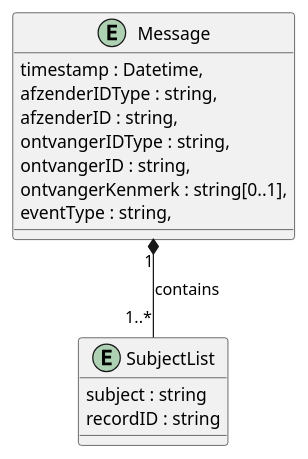
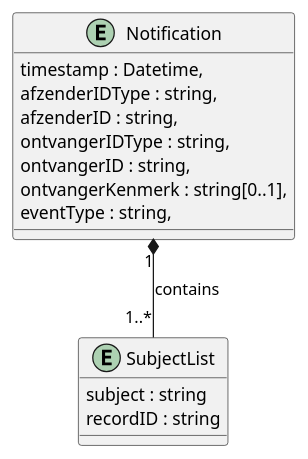
One commit to iStandaarden/iWlz-RequestForComment changed the diagram in plantUMLsrc/rfc0008-06-message-erd.puml. Above: the diagram before and after it, drawn with PlantUML.

Commit message:
terminologie update

```diff
--- a/plantUMLsrc/rfc0008-06-message-erd.puml
+++ b/plantUMLsrc/rfc0008-06-message-erd.puml
@@ -1,19 +1,19 @@
 @startuml rfc0008-06-message-erd.puml
 
-entity Message {
+entity Notification {
   timestamp : Datetime,
   afzenderIDType : string,
   afzenderID : string,
   ontvangerIDType : string,
   ontvangerID : string,
   ontvangerKenmerk : string[0..1],
   eventType : string,
 }
 entity SubjectList {
       subject : string
       recordID : string
     }
 
-Message "1" *-- "1..*" SubjectList: contains
+Notification "1" *-- "1..*" SubjectList: contains
 
 @enduml
```
